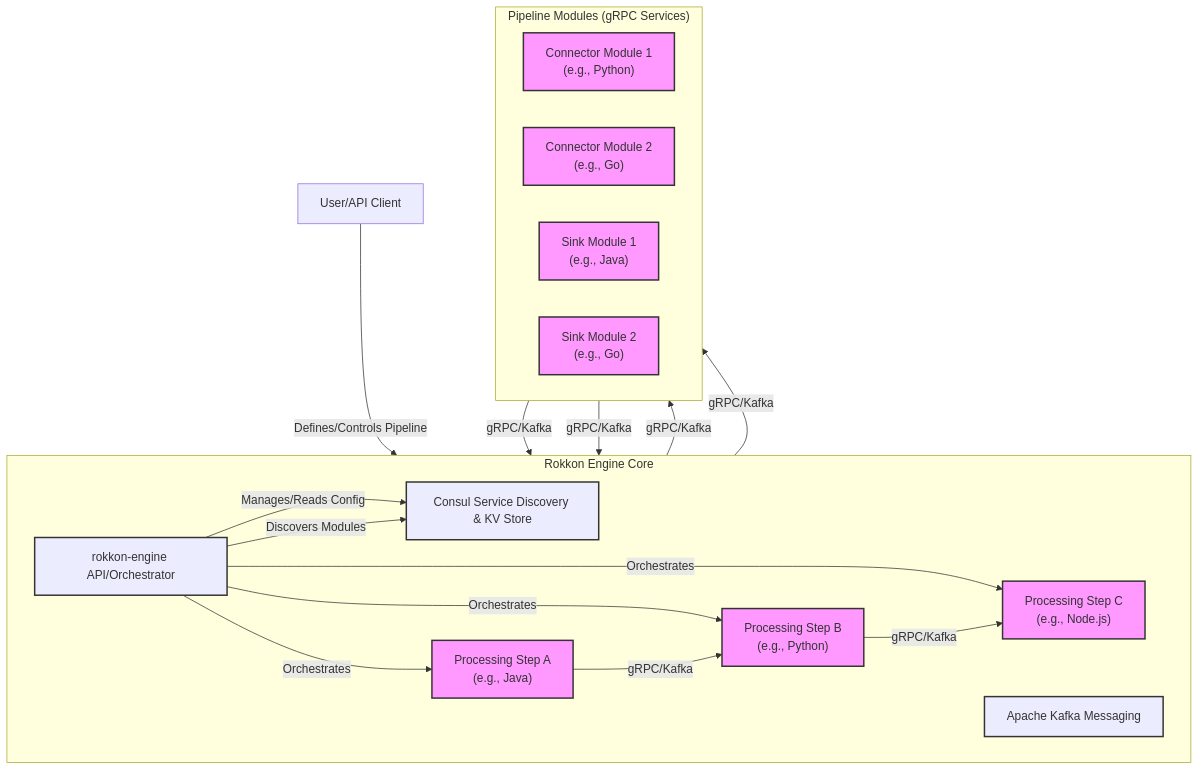
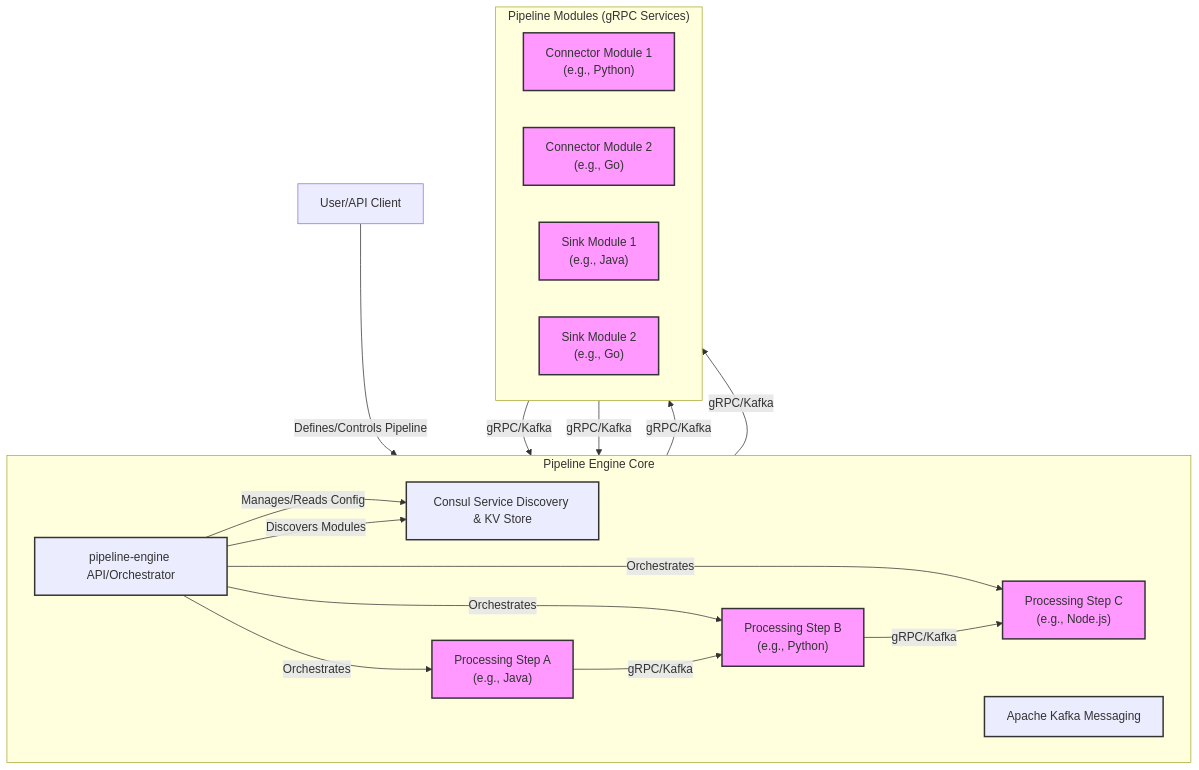
One commit to krickert/rokkon changed the first of 3 diagrams in ARCHITECTURE/Architecture_overview.md. Above: the diagram before and after it, drawn with Mermaid. The commit also changed other lines of this file and 75 other files, not shown here.

````diff
--- a/ARCHITECTURE/Architecture_overview.md
+++ b/ARCHITECTURE/Architecture_overview.md
@@ -31,43 +31,43 @@
 ```mermaid
 graph TD
-    subgraph "Rokkon Engine Core"
+    subgraph "Pipeline Engine Core"
         direction LR
-        Engine[rokkon-engine API/Orchestrator]
+        Engine[pipeline-engine API/Orchestrator]
         Consul[Consul Service Discovery & KV Store]
         Kafka[Apache Kafka Messaging]
 
         Engine -- Manages/Reads Config --> Consul
         Engine -- Discovers Modules --> Consul
         Engine -- Orchestrates --> StepA
         Engine -- Orchestrates --> StepB
         Engine -- Orchestrates --> StepC
     end
 
     subgraph "Pipeline Modules (gRPC Services)"
         direction LR
         Connector1["Connector Module 1<br>(e.g., Python)"]
         Connector2["Connector Module 2<br>(e.g., Go)"]
         StepA["Processing Step A<br>(e.g., Java)"]
         StepB["Processing Step B<br>(e.g., Python)"]
         StepC["Processing Step C<br>(e.g., Node.js)"]
         Sink1["Sink Module 1<br>(e.g., Java)"]
         Sink2["Sink Module 2<br>(e.g., Go)"]
     end
 
     User[User/API Client] -- Defines/Controls Pipeline --> Engine
 
 %% Data Flow Example
     Connector1 -- gRPC/Kafka --> StepA
     Connector2 -- gRPC/Kafka --> StepA
     StepA -- gRPC/Kafka --> StepB
     StepB -- gRPC/Kafka --> StepC
     StepC -- gRPC/Kafka --> Sink1
     StepC -- gRPC/Kafka --> Sink2
 
 
     classDef module fill:#f9f,stroke:#333,stroke-width:2px;
     classDef coreComponent fill:#lightgrey,stroke:#333,stroke-width:2px;
 
     class Connector1,Connector2,StepA,StepB,StepC,Sink1,Sink2 module;
     class Engine,Consul,Kafka coreComponent;
 ```
````
